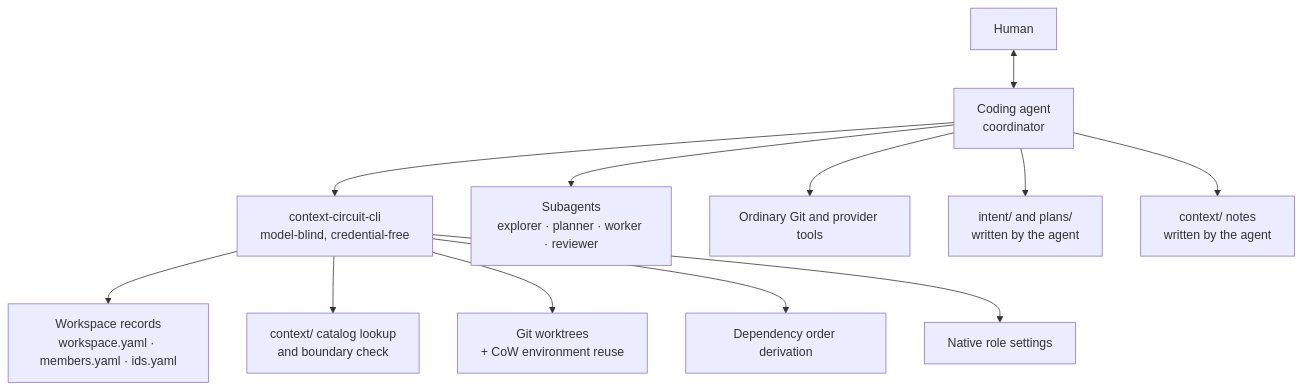
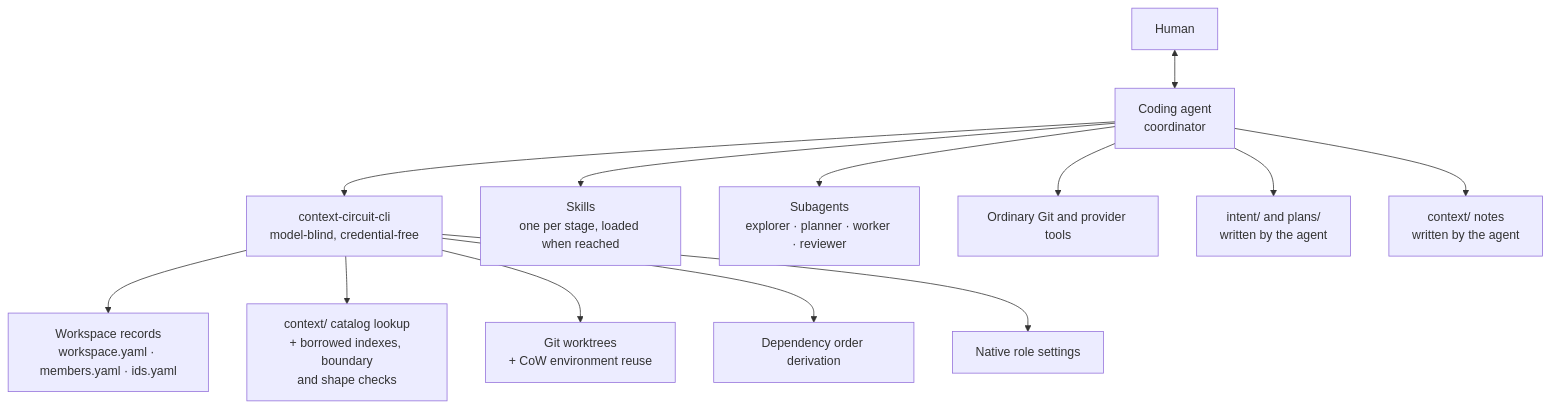
The first of 2 diagrams in sources/system-design/context-circuit/v2.0.0/core/design.md (kaotypr/context-circuit-source), drawn with Mermaid before and after one commit. The commit also changed other lines of this file and 13 other files, not shown here.

````diff
--- a/sources/system-design/context-circuit/v2.0.0/core/design.md
+++ b/sources/system-design/context-circuit/v2.0.0/core/design.md
@@ -89,16 +99,17 @@
 ```mermaid
 flowchart TB
     H[Human] <--> A[Coding agent<br/>coordinator]
     A --> CLI[context-circuit-cli<br/>model-blind, credential-free]
+    A --> SK[Skills<br/>one per stage, loaded when reached]
     A --> SUB[Subagents<br/>explorer · planner · worker · reviewer]
     A --> GIT[Ordinary Git and provider tools]
 
     CLI --> WS[Workspace records<br/>workspace.yaml · members.yaml · ids.yaml]
-    CLI --> KN[context/ catalog lookup<br/>and boundary check]
+    CLI --> KN[context/ catalog lookup<br/>+ borrowed indexes, boundary<br/>and shape checks]
     CLI --> WT[Git worktrees<br/>+ CoW environment reuse]
     CLI --> OR[Dependency order derivation]
     CLI --> RS[Native role settings]
 
     A --> REC[intent/ and plans/<br/>written by the agent]
     A --> CTX[context/ notes<br/>written by the agent]
 ```
````
